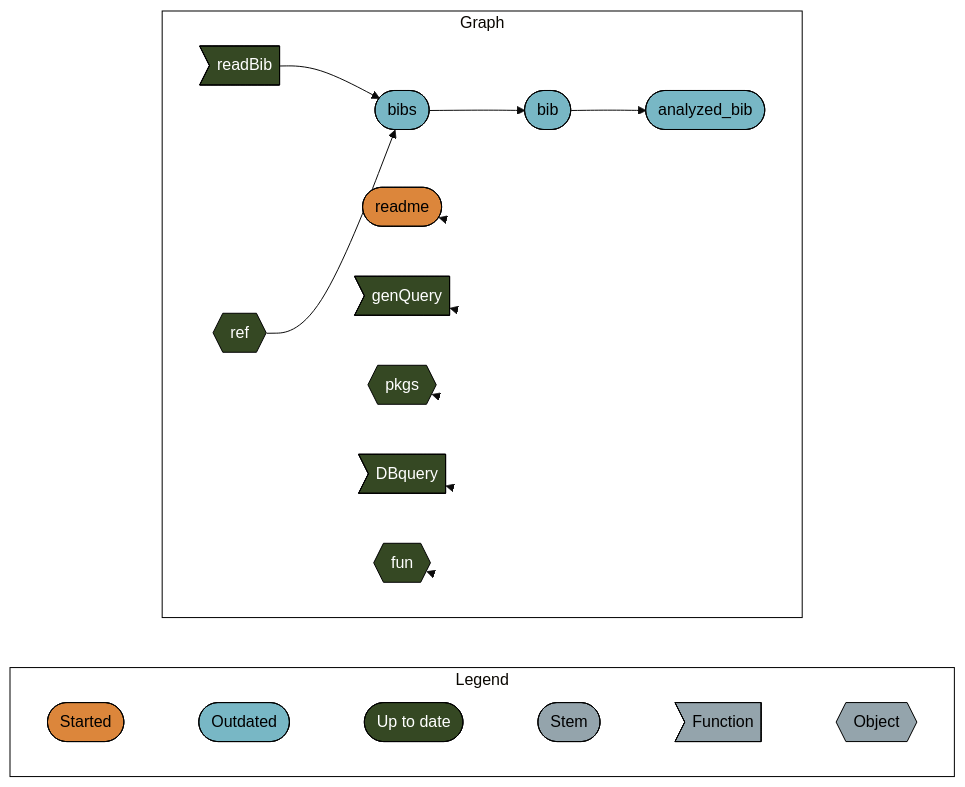
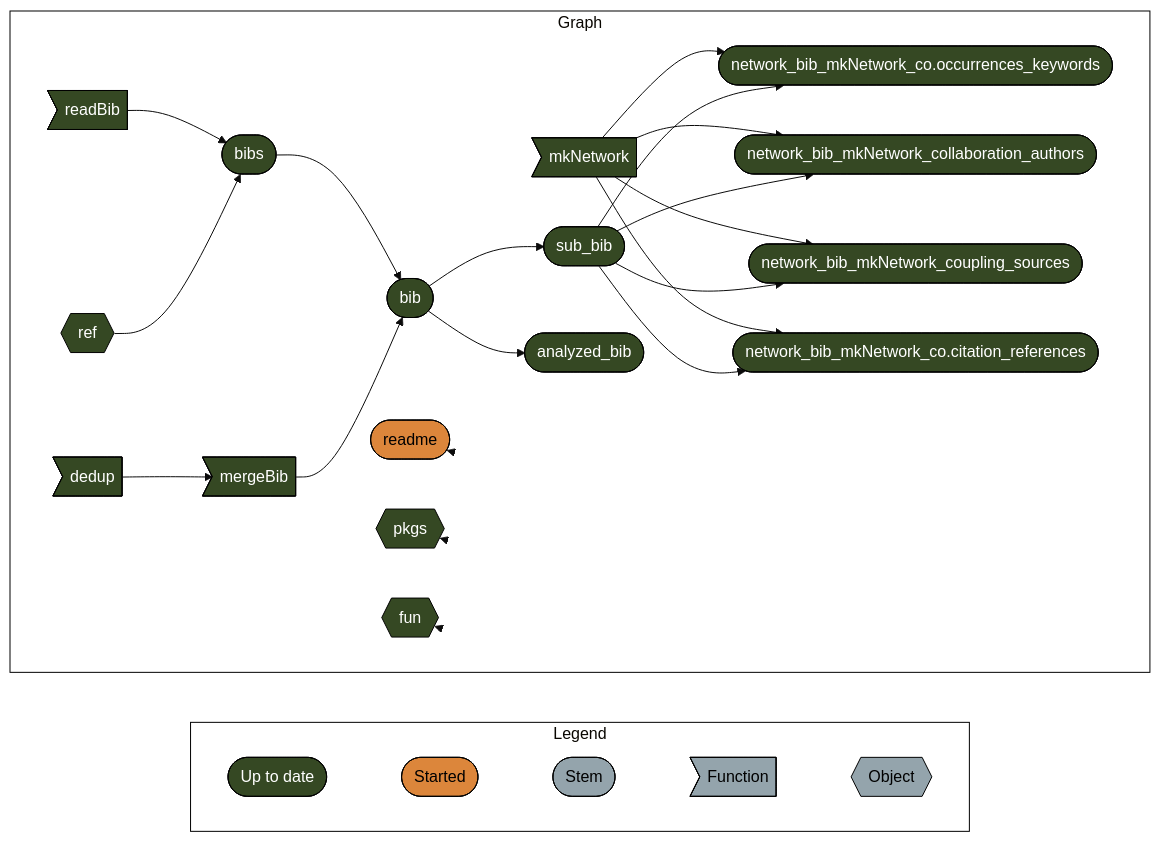
Before and after one commit to namakala/resilience-bibliometrics: the diagram in README.md, drawn with Mermaid (base theme). The commit also changed other lines of this file and 1 other file, not shown here.

Commit message:
Implement static branches when creating bibliography networks

````diff
--- a/README.md
+++ b/README.md
@@ -74,39 +73,43 @@
 ``` mermaid
 graph LR
   style Legend fill:#FFFFFF00,stroke:#000000;
   style Graph fill:#FFFFFF00,stroke:#000000;
   subgraph Legend
     direction LR
-    x5b3426b4c7fa7dbc([""Started""]):::started --- x0a52b03877696646([""Outdated""]):::outdated
-    x0a52b03877696646([""Outdated""]):::outdated --- x7420bd9270f8d27d([""Up to date""]):::uptodate
-    x7420bd9270f8d27d([""Up to date""]):::uptodate --- xbf4603d6c2c2ad6b([""Stem""]):::none
+    x7420bd9270f8d27d([""Up to date""]):::uptodate --- x5b3426b4c7fa7dbc([""Started""]):::started
+    x5b3426b4c7fa7dbc([""Started""]):::started --- xbf4603d6c2c2ad6b([""Stem""]):::none
     xbf4603d6c2c2ad6b([""Stem""]):::none --- xf0bce276fe2b9d3e>""Function""]:::none
     xf0bce276fe2b9d3e>""Function""]:::none --- x5bffbffeae195fc9{{""Object""}}:::none
   end
   subgraph Graph
     direction LR
-    xb2d44098e9dbb607(["bibs"]):::outdated --> x2f7ce3a74217c3eb(["bib"]):::outdated
-    x2f7ce3a74217c3eb(["bib"]):::outdated --> x5d0137cf25dee142(["analyzed_bib"]):::outdated
-    xffb09e21cb2bb0ec>"readBib"]:::uptodate --> xb2d44098e9dbb607(["bibs"]):::outdated
-    xc5a9e5584c3f223f{{"ref"}}:::uptodate --> xb2d44098e9dbb607(["bibs"]):::outdated
+    x2e3537559af5fbf8>"dedup"]:::uptodate --> x9e9a67411fa60786>"mergeBib"]:::uptodate
+    xe8106633484dc4fe>"mkNetwork"]:::uptodate --> xd3f20a2f996e26ce(["network_bib_mkNetwork_co.occurrences_keywords"]):::uptodate
+    x1592aa0a5fd55f23(["sub_bib"]):::uptodate --> xd3f20a2f996e26ce(["network_bib_mkNetwork_co.occurrences_keywords"]):::uptodate
+    xb2d44098e9dbb607(["bibs"]):::uptodate --> x2f7ce3a74217c3eb(["bib"]):::uptodate
+    x9e9a67411fa60786>"mergeBib"]:::uptodate --> x2f7ce3a74217c3eb(["bib"]):::uptodate
+    xe8106633484dc4fe>"mkNetwork"]:::uptodate --> xbdb58136cfeec83a(["network_bib_mkNetwork_collaboration_authors"]):::uptodate
+    x1592aa0a5fd55f23(["sub_bib"]):::uptodate --> xbdb58136cfeec83a(["network_bib_mkNetwork_collaboration_authors"]):::uptodate
+    x2f7ce3a74217c3eb(["bib"]):::uptodate --> x5d0137cf25dee142(["analyzed_bib"]):::uptodate
+    xffb09e21cb2bb0ec>"readBib"]:::uptodate --> xb2d44098e9dbb607(["bibs"]):::uptodate
+    xc5a9e5584c3f223f{{"ref"}}:::uptodate --> xb2d44098e9dbb607(["bibs"]):::uptodate
+    xe8106633484dc4fe>"mkNetwork"]:::uptodate --> x1f29d4abcfe1d32a(["network_bib_mkNetwork_coupling_sources"]):::uptodate
+    x1592aa0a5fd55f23(["sub_bib"]):::uptodate --> x1f29d4abcfe1d32a(["network_bib_mkNetwork_coupling_sources"]):::uptodate
+    x2f7ce3a74217c3eb(["bib"]):::uptodate --> x1592aa0a5fd55f23(["sub_bib"]):::uptodate
+    xe8106633484dc4fe>"mkNetwork"]:::uptodate --> x3d74a378a58dff6e(["network_bib_mkNetwork_co.citation_references"]):::uptodate
+    x1592aa0a5fd55f23(["sub_bib"]):::uptodate --> x3d74a378a58dff6e(["network_bib_mkNetwork_co.citation_references"]):::uptodate
     x6e52cb0f1668cc22(["readme"]):::started --> x6e52cb0f1668cc22(["readme"]):::started
-    xccdeb963b10f414c>"genQuery"]:::uptodate --> xccdeb963b10f414c>"genQuery"]:::uptodate
     x2d15849e3198e8d1{{"pkgs"}}:::uptodate --> x2d15849e3198e8d1{{"pkgs"}}:::uptodate
-    xcc1ff618dac8ab74>"DBquery"]:::uptodate --> xcc1ff618dac8ab74>"DBquery"]:::uptodate
     x22b0201614333ef4{{"fun"}}:::uptodate --> x22b0201614333ef4{{"fun"}}:::uptodate
   end
+  classDef uptodate stroke:#000000,color:#ffffff,fill:#354823;
   classDef started stroke:#000000,color:#000000,fill:#DC863B;
-  classDef outdated stroke:#000000,color:#000000,fill:#78B7C5;
-  classDef uptodate stroke:#000000,color:#ffffff,fill:#354823;
   classDef none stroke:#000000,color:#000000,fill:#94a4ac;
   linkStyle 0 stroke-width:0px;
   linkStyle 1 stroke-width:0px;
   linkStyle 2 stroke-width:0px;
   linkStyle 3 stroke-width:0px;
-  linkStyle 4 stroke-width:0px;
-  linkStyle 9 stroke-width:0px;
-  linkStyle 10 stroke-width:0px;
-  linkStyle 11 stroke-width:0px;
-  linkStyle 12 stroke-width:0px;
-  linkStyle 13 stroke-width:0px;
+  linkStyle 19 stroke-width:0px;
+  linkStyle 20 stroke-width:0px;
+  linkStyle 21 stroke-width:0px;
 ```
````
